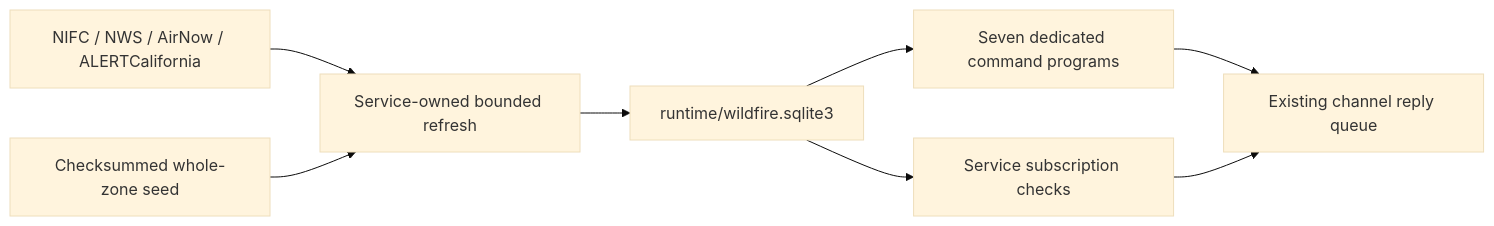
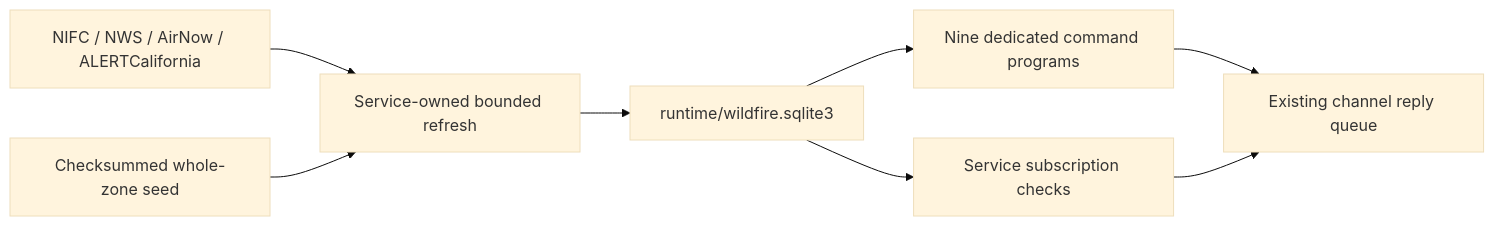
The diagram in meshcore_mqtt_service/WILDFIRE_GUIDE.md (Usrnmna/MeshCore-EMS-Services), drawn with Mermaid (base theme) before and after one commit. The commit also changed other lines of this file and 186 other files, not shown here.

````diff
--- a/meshcore_mqtt_service/WILDFIRE_GUIDE.md
+++ b/meshcore_mqtt_service/WILDFIRE_GUIDE.md
@@ -130,10 +136,10 @@
 ```mermaid
 flowchart LR
   Public["NIFC / NWS / AirNow / ALERTCalifornia"] --> Refresh["Service-owned bounded refresh"]
   Seed["Checksummed whole-zone seed"] --> Refresh
   Refresh --> Cache["runtime/wildfire.sqlite3"]
-  Cache --> Programs["Seven dedicated command programs"]
+  Cache --> Programs["Nine dedicated command programs"]
   Cache --> Monitor["Service subscription checks"]
   Programs --> Queue["Existing channel reply queue"]
   Monitor --> Queue
 ```
````
